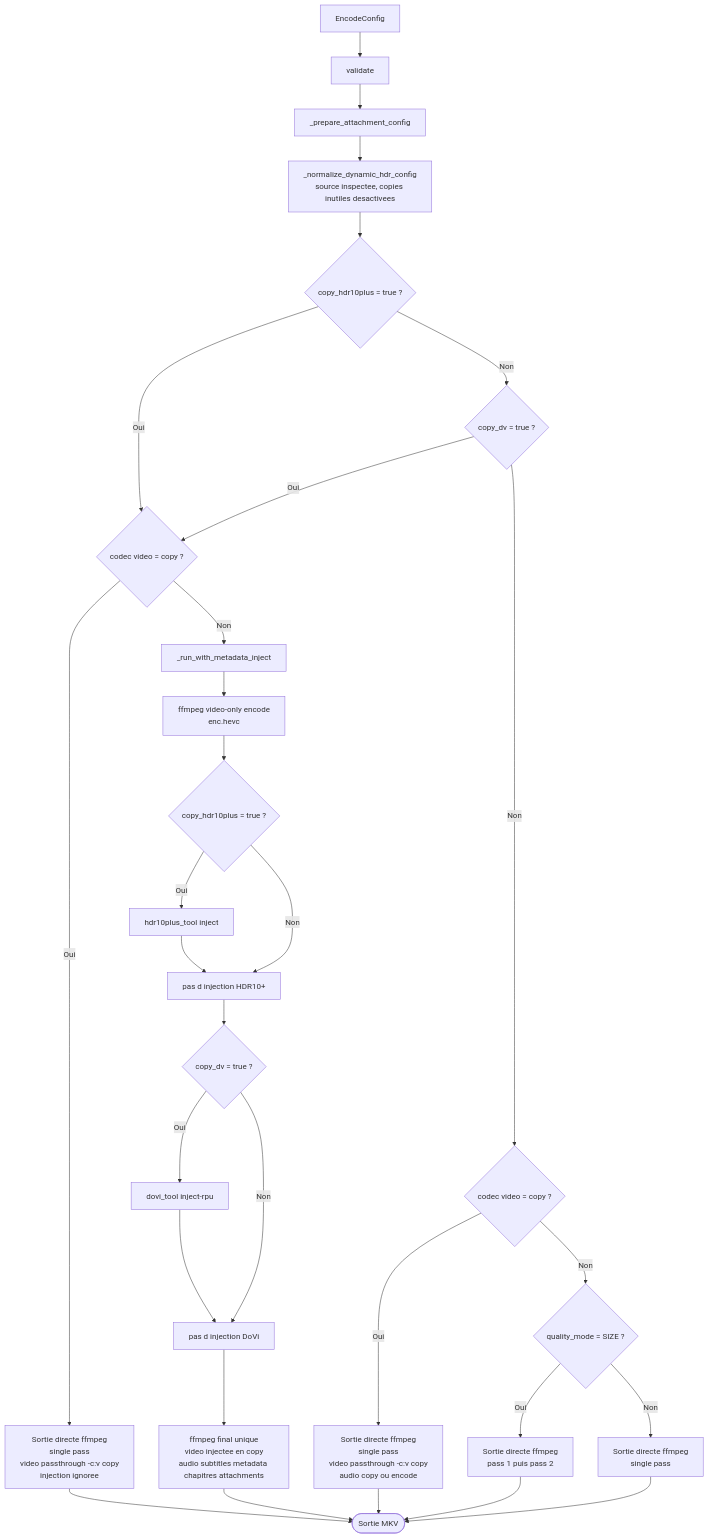
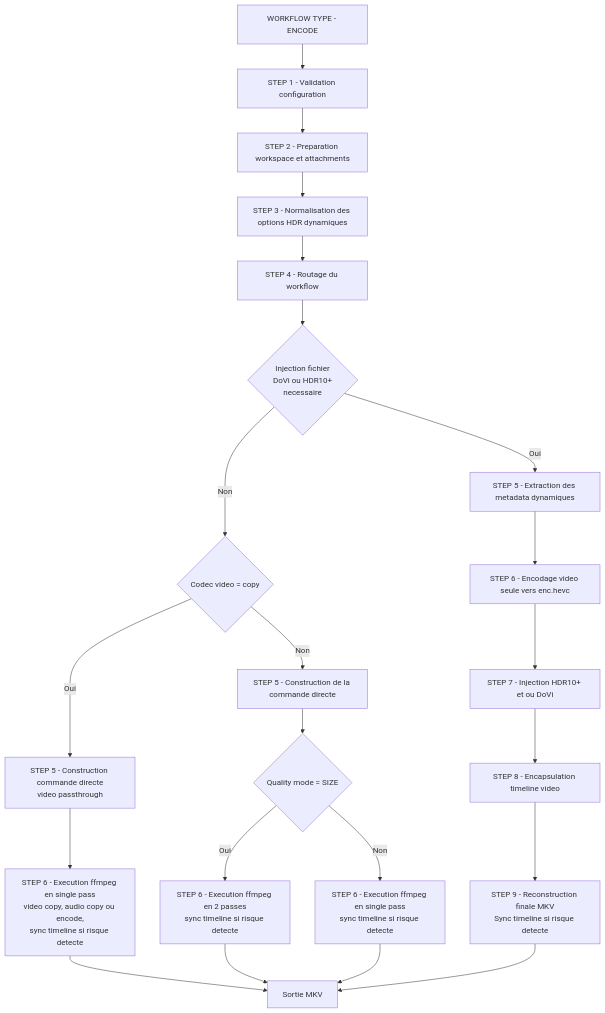
One commit to Hydro74000/muxiveo changed the third of 5 diagrams in README.md. Above: the diagram before and after it, drawn with Mermaid. The commit also changed other lines of this file and 19 other files, not shown here.

````diff
--- a/README.md
+++ b/README.md
@@ -351,35 +362,28 @@
 ```mermaid
 flowchart TD
-    A[EncodeConfig] --> B[validate]
-    B --> C[_prepare_attachment_config]
-    C --> D["_normalize_dynamic_hdr_config\nsource inspectee, copies inutiles desactivees"]
-    D --> E{copy_hdr10plus = true ?}
-    E -->|Oui| H{codec video = copy ?}
-    E -->|Non| F{copy_dv = true ?}
+    A["WORKFLOW TYPE - ENCODE"] --> B["STEP 1 - Validation configuration"]
+    B --> C["STEP 2 - Preparation workspace et attachments"]
+    C --> D["STEP 3 - Normalisation des options HDR dynamiques"]
+    D --> E["STEP 4 - Routage du workflow"]
+    E --> F{"Injection fichier\nDoVi ou HDR10+\nnecessaire"}
 
-    F -->|Oui| H
-    F -->|Non| G{codec video = copy ?}
-    G -->|Oui| G1[Sortie directe ffmpeg\nsingle pass\nvideo passthrough -c:v copy\naudio copy ou encode]
-    G -->|Non| G2{quality_mode = SIZE ?}
-    G2 -->|Oui| G3[Sortie directe ffmpeg\npass 1 puis pass 2]
-    G2 -->|Non| G4[Sortie directe ffmpeg\nsingle pass]
+    F -->|Oui| K["STEP 5 - Extraction des metadata dynamiques"]
+    K --> L["STEP 6 - Encodage video seule vers enc.hevc"]
+    L --> M["STEP 7 - Injection HDR10+ et ou DoVi"]
+    M --> N["STEP 8 - Encapsulation timeline video"]
+    N --> O["STEP 9 - Reconstruction finale MKV\nSync timeline si risque detecte"]
 
-    H -->|Oui| H1[Sortie directe ffmpeg\nsingle pass\nvideo passthrough -c:v copy\ninjection ignoree]
-    H -->|Non| I[_run_with_metadata_inject]
-    I --> I1[ffmpeg video-only encode\nenc.hevc]
-    I1 --> I2{copy_hdr10plus = true ?}
-    I2 -->|Oui| I3[hdr10plus_tool inject]
-    I2 -->|Non| I4[pas d injection HDR10+]
-    I3 --> I4
-    I4 --> I5{copy_dv = true ?}
-    I5 -->|Oui| I6[dovi_tool inject-rpu]
-    I5 -->|Non| I7[pas d injection DoVi]
-    I6 --> I7
-    I7 --> I8[ffmpeg final unique\nvideo injectee en copy\naudio subtitles metadata chapitres attachments]
+    F -->|Non| G{"Codec video = copy"}
+    G -->|Oui| H["STEP 5 - Construction commande directe\nvideo passthrough"]
+    H --> I["STEP 6 - Execution ffmpeg en single pass\nvideo copy, audio copy ou encode,\nsync timeline si risque detecte"]
 
-    G1 --> Z([Sortie MKV])
-    G3 --> Z
-    G4 --> Z
-    H1 --> Z
-    I8 --> Z
+    G -->|Non| J["STEP 5 - Construction de la commande directe"]
+    J --> P{"Quality mode = SIZE"}
+    P -->|Oui| Q["STEP 6 - Execution ffmpeg en 2 passes\nsync timeline si risque detecte"]
+    P -->|Non| R["STEP 6 - Execution ffmpeg en single pass\nsync timeline si risque detecte"]
+
+    I --> Z["Sortie MKV"]
+    Q --> Z
+    R --> Z
+    O --> Z
 ```
````
